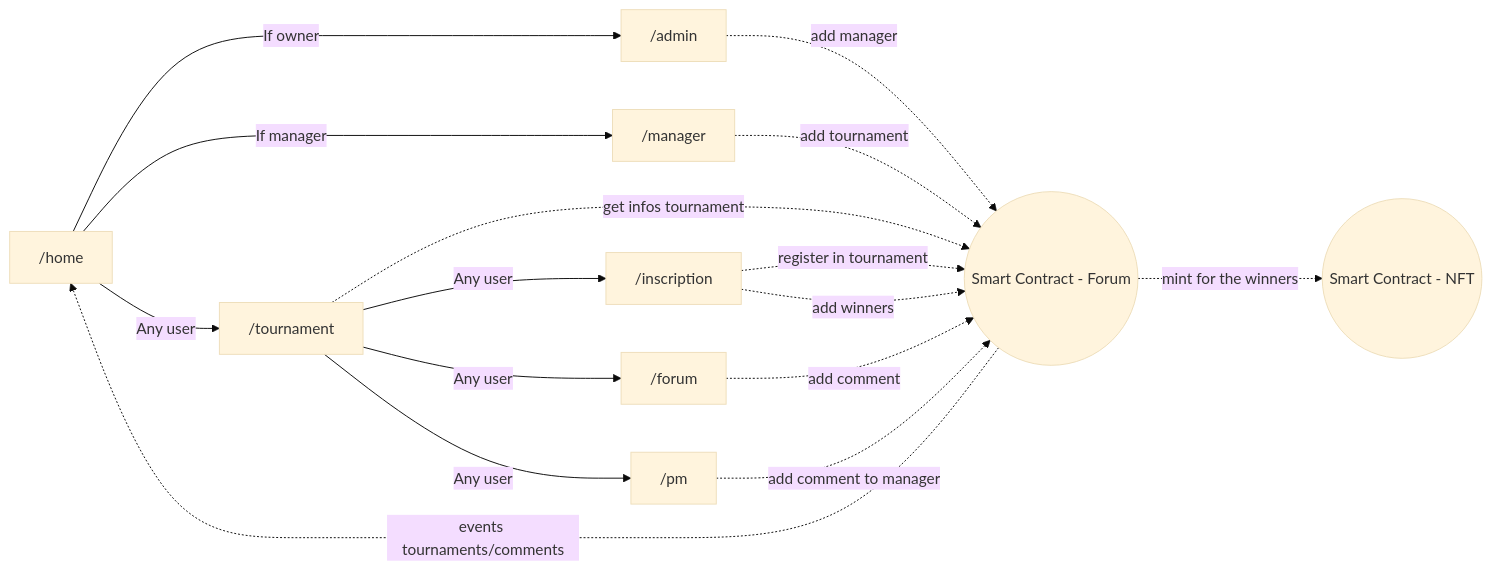
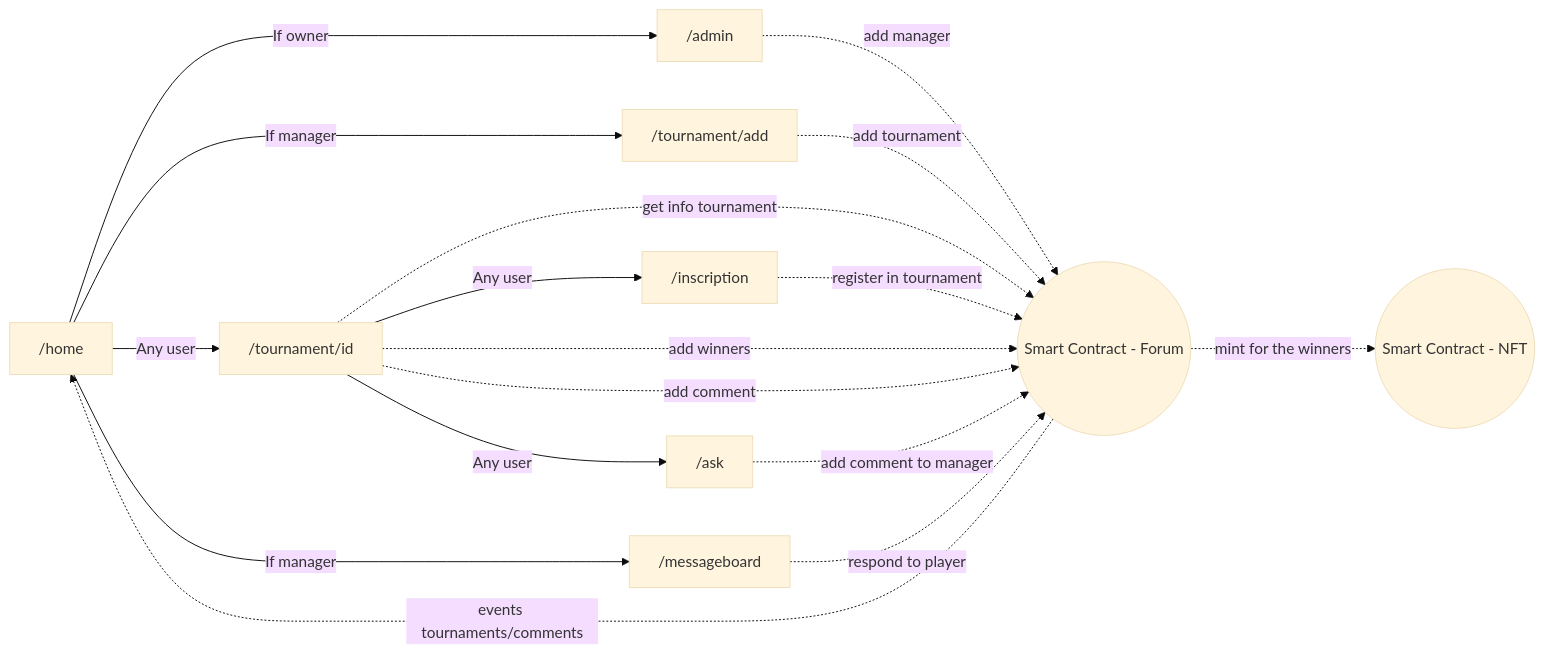
The diagram in README.md (mickablondo/PadelConnect), drawn with Mermaid (base theme) before and after one commit.

Commit message:
Update scheme

````diff
--- a/README.md
+++ b/README.md
@@ -29,18 +29,19 @@
 ```mermaid
 flowchart >
     A[ /home] -->|If owner| B[ /admin]
-    A -->|If manager| C[ /manager]
-    A -->|Any user| D[ /tournament] 
+    A -->|If manager| C[ /tournament/add]
+    A -->|Any user| D[ /tournament/id]
+    A -->|If manager| H[ /messageboard]
     D -->|Any user| E[ /inscription]
-    D -->|Any user| F[ /forum]
-    D -->|Any user| G[ /pm]
+    D -->|Any user| G[ /ask]
     B -.->|add manager| I((Smart Contract - Forum))
     C -.->|add tournament| I
-    D -.->|get infos tournament| I
+    D -.->|get info tournament| I
     E -.->|register in tournament| I
-    E -.->|add winners| I
-    F -.->|add comment| I
+    D -.->|add winners| I
+    D -.->|add comment| I
     G -.->|add comment to manager| I
+    H -.->|respond to player| I
     I -.->|mint for the winners| J((Smart Contract - NFT))
     I -.->|events tournaments/comments| A
 ```
````
